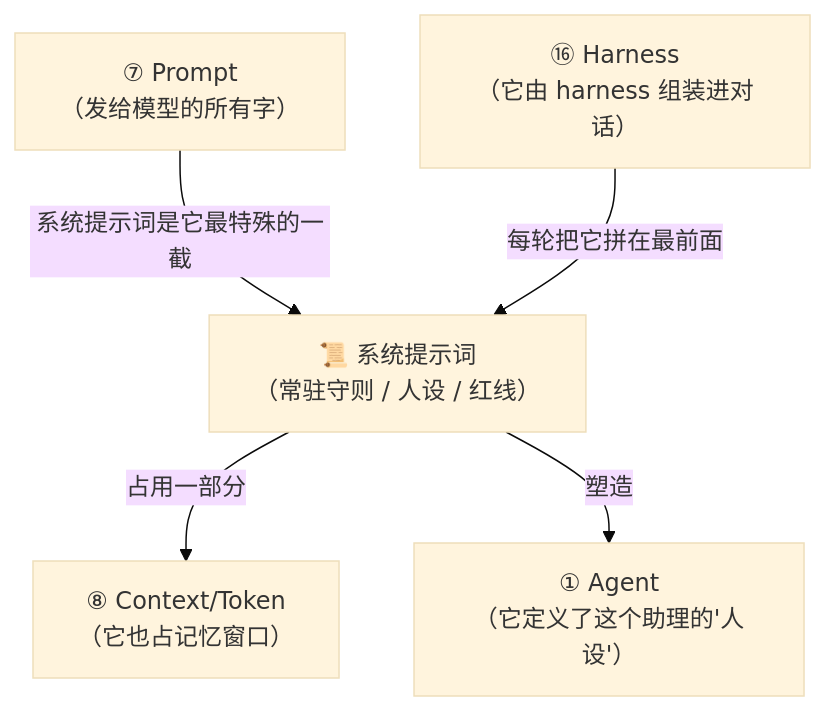
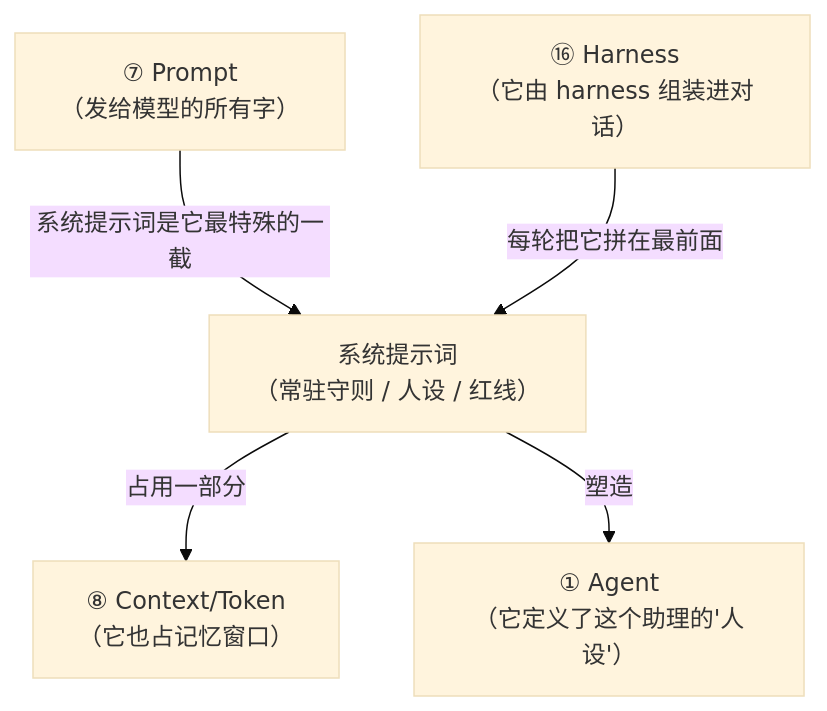
The sixth of 6 diagrams in docs/02_CONCEPTS_概念入门/CONCEPT/[CONCEPT-18] 什么是系统提示词-SystemPrompt.md (luckykhy/KhyAiHub), drawn with Mermaid (base theme) before and after one commit. The commit also changed other lines of this file and 19 other files, not shown here.

````diff
--- a/docs/02_CONCEPTS_概念入门/CONCEPT/[CONCEPT-18] 什么是系统提示词-SystemPrompt.md
+++ b/docs/02_CONCEPTS_概念入门/CONCEPT/[CONCEPT-18] 什么是系统提示词-SystemPrompt.md
@@ -273,12 +273,12 @@
 ```mermaid
 flowchart TB
-  SYS["📜 系统提示词<br/>（常驻守则 / 人设 / 红线）"]
+  SYS["系统提示词<br/>（常驻守则 / 人设 / 红线）"]
   PROMPT["⑦ Prompt<br/>（发给模型的所有字）"]
   CTX["⑧ Context/Token<br/>（它也占记忆窗口）"]
   HARNESS["⑯ Harness<br/>（它由 harness 组装进对话）"]
   AGENT["① Agent<br/>（它定义了这个助理的'人设'）"]
   PROMPT -->|"系统提示词是它最特殊的一截"| SYS
   SYS -->|"占用一部分"| CTX
   HARNESS -->|"每轮把它拼在最前面"| SYS
   SYS -->|"塑造"| AGENT
 ```
````
